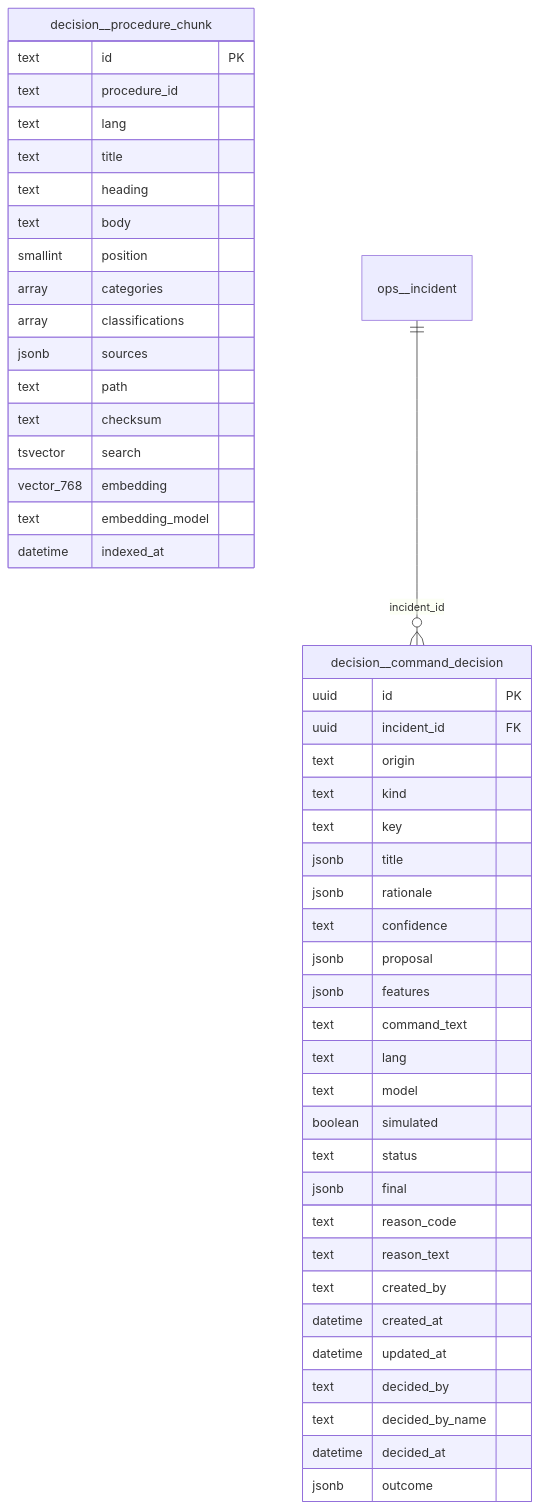
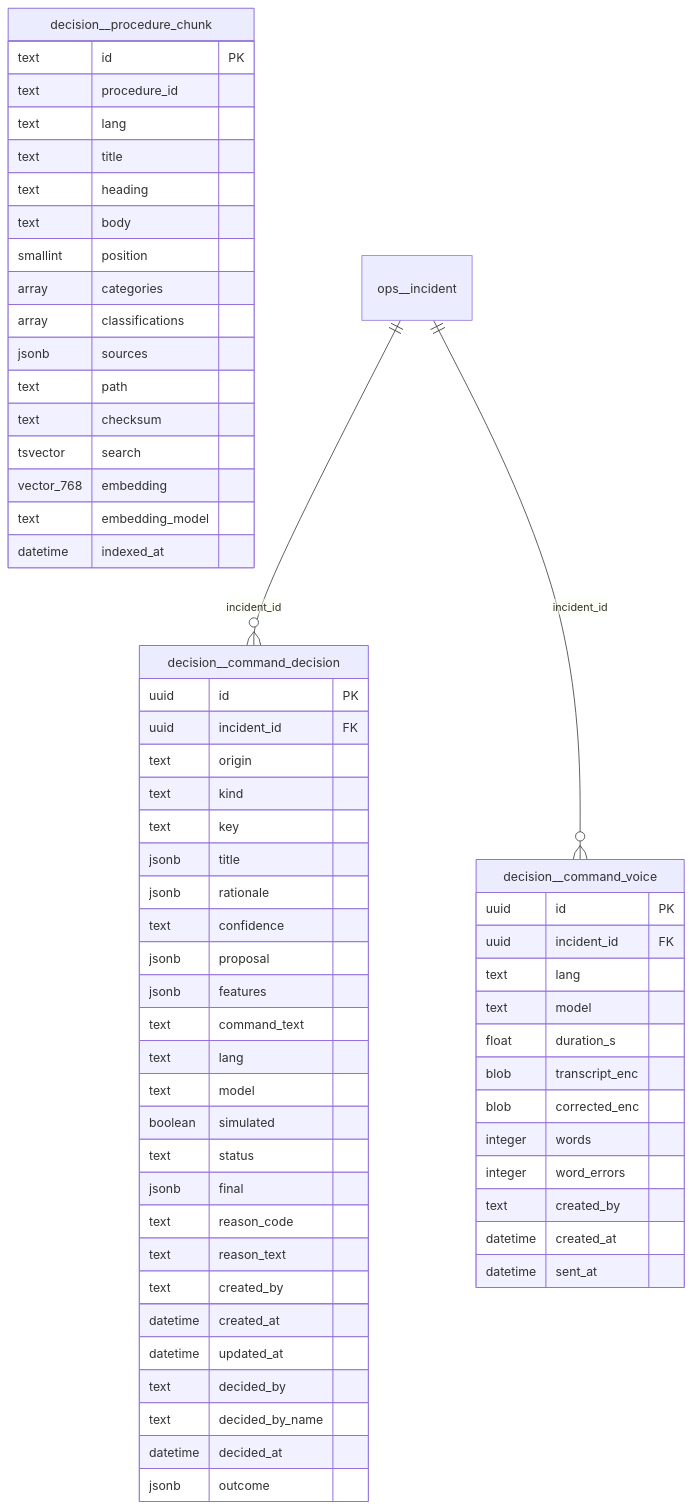
The ninth of 31 diagrams in docs/erd.md (mouhabouk/E-HIMAYA), drawn with Mermaid before and after one commit. The commit also changed 32 other files, not shown here.

````diff
--- a/docs/erd.md
+++ b/docs/erd.md
@@ -640,49 +640,64 @@
 ```mermaid
 erDiagram
     decision__command_decision {
         uuid id PK
         uuid incident_id FK
         text origin
         text kind
         text key
         jsonb title
         jsonb rationale
         text confidence
         jsonb proposal
         jsonb features
         text command_text
         text lang
         text model
         boolean simulated
         text status
         jsonb final
         text reason_code
         text reason_text
         text created_by
         datetime created_at
         datetime updated_at
         text decided_by
         text decided_by_name
         datetime decided_at
         jsonb outcome
     }
+    decision__command_voice {
+        uuid id PK
+        uuid incident_id FK
+        text lang
+        text model
+        float duration_s
+        blob transcript_enc
+        blob corrected_enc
+        integer words
+        integer word_errors
+        text created_by
+        datetime created_at
+        datetime sent_at
+    }
     decision__procedure_chunk {
         text id PK
         text procedure_id
         text lang
         text title
         text heading
         text body
         smallint position
         array categories
         array classifications
         jsonb sources
         text path
         text checksum
         tsvector search
         vector_768 embedding
         text embedding_model
         datetime indexed_at
     }
     ops__incident ||--o{ decision__command_decision : "incident_id"
+    ops__incident ||--o{ decision__command_voice : "incident_id"
 ```
````
